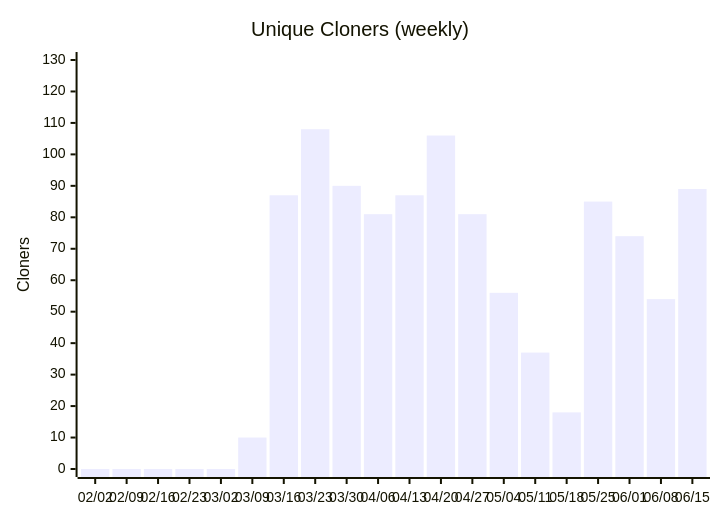
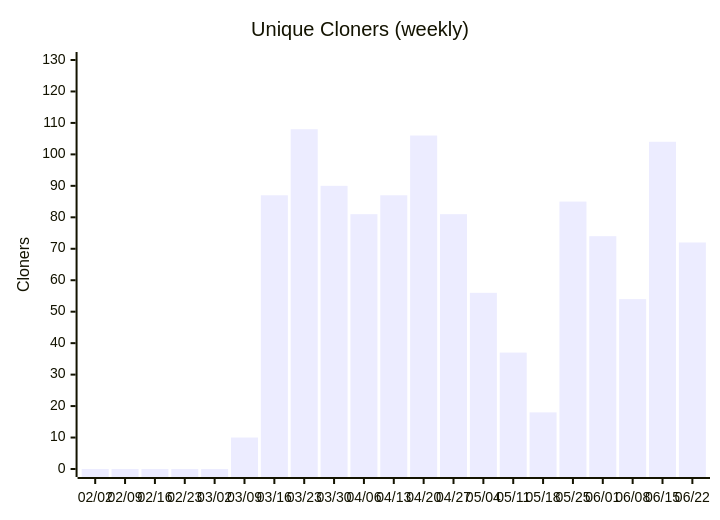
Before and after one commit to nablarch/nabledge-dev: diagram 14 of 14 in docs/metrics.md, drawn with Mermaid. The commit also changed other lines of this file and 2 other files, not shown here.

````diff
--- a/docs/metrics.md
+++ b/docs/metrics.md
@@ -177,7 +177,7 @@
 ```mermaid
 xychart-beta
   title "Unique Cloners (weekly)"
-  x-axis ["02/02", "02/09", "02/16", "02/23", "03/02", "03/09", "03/16", "03/23", "03/30", "04/06", "04/13", "04/20", "04/27", "05/04", "05/11", "05/18", "05/25", "06/01", "06/08", "06/15"]
+  x-axis ["02/02", "02/09", "02/16", "02/23", "03/02", "03/09", "03/16", "03/23", "03/30", "04/06", "04/13", "04/20", "04/27", "05/04", "05/11", "05/18", "05/25", "06/01", "06/08", "06/15", "06/22"]
   y-axis "Cloners" 0 --> 130
-  bar [0, 0, 0, 0, 0, 10, 87, 108, 90, 81, 87, 106, 81, 56, 37, 18, 85, 74, 54, 89]
+  bar [0, 0, 0, 0, 0, 10, 87, 108, 90, 81, 87, 106, 81, 56, 37, 18, 85, 74, 54, 104, 72]
 ```
````
